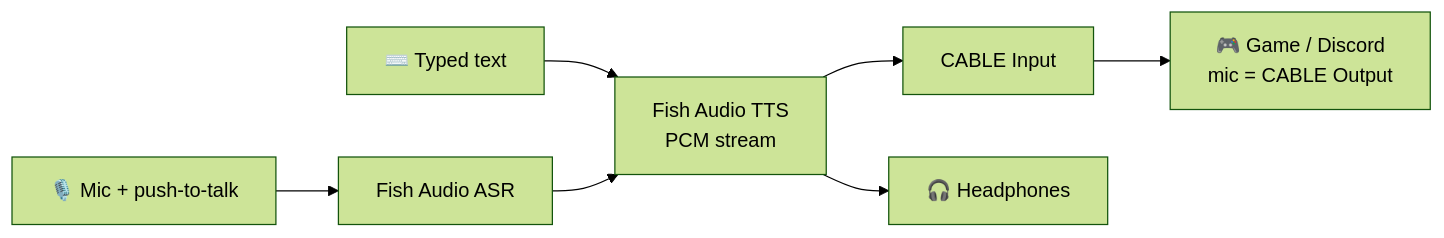
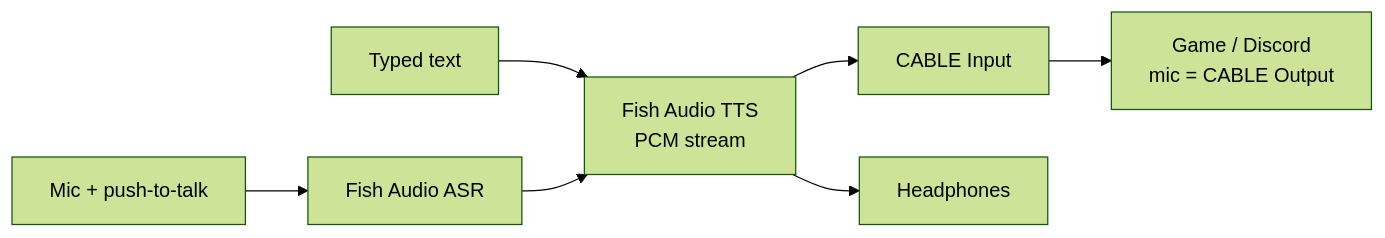
One commit to mr243324/ai-soundboard changed the diagram in README.md. Above: the diagram before and after it, drawn with Mermaid (forest theme). The commit also changed other lines of this file, not shown here.

````diff
--- a/README.md
+++ b/README.md
@@ -40,8 +40,8 @@
 ```mermaid
 flowchart LR
-    A[⌨️ Typed text] --> T
-    M[🎙️ Mic + push-to-talk] --> S[Fish Audio ASR] --> T
+    A[ Typed text] --> T
+    M[ Mic + push-to-talk] --> S[Fish Audio ASR] --> T
     T[Fish Audio TTS<br/>PCM stream] --> C[CABLE Input]
-    T --> H[🎧 Headphones]
-    C --> G[🎮 Game / Discord<br/>mic = CABLE Output]
+    T --> H[ Headphones]
+    C --> G[ Game / Discord<br/>mic = CABLE Output]
 ```
````
